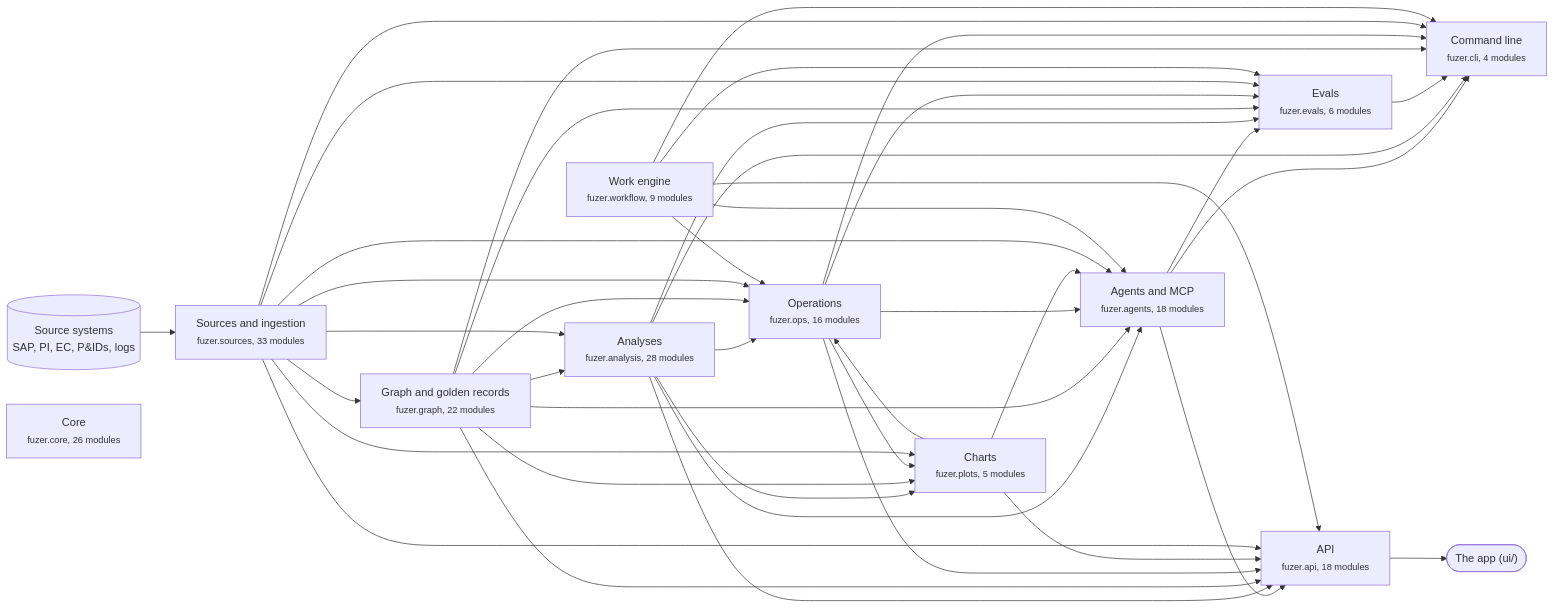
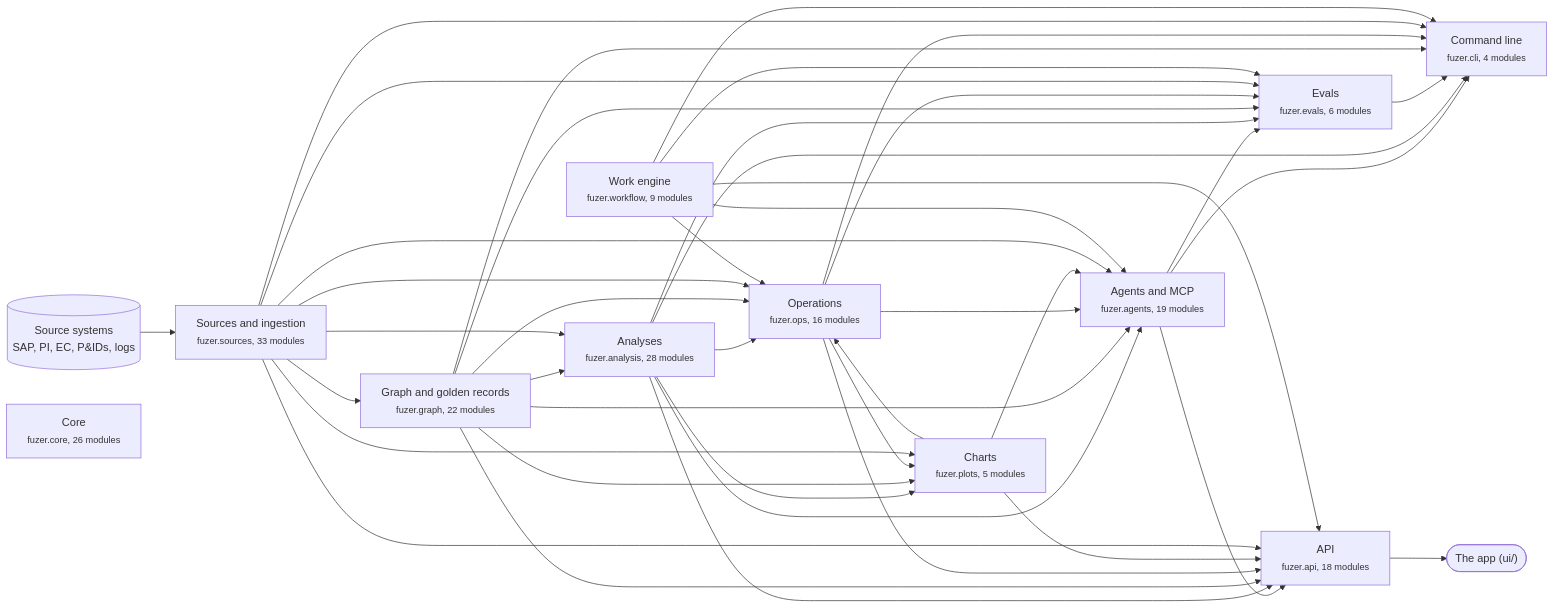
One commit to areed145/fuzer changed the first of 3 diagrams in docs/architecture.md. Above: the diagram before and after it, drawn with Mermaid. The commit also changed other lines of this file and 4 other files, not shown here.

````diff
--- a/docs/architecture.md
+++ b/docs/architecture.md
@@ -8,66 +8,66 @@
 ```mermaid
 flowchart LR
   systems[("Source systems<br>SAP, PI, EC, P&IDs, logs")] --> c_sources
   app(["The app (ui/)"])
   c_api --> app
   c_sources["Sources and ingestion<br><small>fuzer.sources, 33 modules</small>"]
   c_graph["Graph and golden records<br><small>fuzer.graph, 22 modules</small>"]
   c_analysis["Analyses<br><small>fuzer.analysis, 28 modules</small>"]
   c_ops["Operations<br><small>fuzer.ops, 16 modules</small>"]
   c_plots["Charts<br><small>fuzer.plots, 5 modules</small>"]
   c_workflow["Work engine<br><small>fuzer.workflow, 9 modules</small>"]
-  c_agents["Agents and MCP<br><small>fuzer.agents, 18 modules</small>"]
+  c_agents["Agents and MCP<br><small>fuzer.agents, 19 modules</small>"]
   c_evals["Evals<br><small>fuzer.evals, 6 modules</small>"]
   c_api["API<br><small>fuzer.api, 18 modules</small>"]
   c_cli["Command line<br><small>fuzer.cli, 4 modules</small>"]
   c_core["Core<br><small>fuzer.core, 26 modules</small>"]
   c_sources --> c_graph
   c_graph --> c_analysis
   c_sources --> c_analysis
   c_analysis --> c_ops
   c_graph --> c_ops
   c_plots --> c_ops
   c_sources --> c_ops
   c_workflow --> c_ops
   c_analysis --> c_plots
   c_graph --> c_plots
   c_ops --> c_plots
   c_sources --> c_plots
   c_analysis --> c_agents
   c_graph --> c_agents
   c_ops --> c_agents
   c_plots --> c_agents
   c_sources --> c_agents
   c_workflow --> c_agents
   c_agents --> c_evals
   c_analysis --> c_evals
   c_graph --> c_evals
   c_ops --> c_evals
   c_sources --> c_evals
   c_workflow --> c_evals
   c_agents --> c_api
   c_analysis --> c_api
   c_graph --> c_api
   c_ops --> c_api
   c_plots --> c_api
   c_sources --> c_api
   c_workflow --> c_api
   c_agents --> c_cli
   c_analysis --> c_cli
   c_evals --> c_cli
   c_graph --> c_cli
   c_ops --> c_cli
   c_sources --> c_cli
   c_workflow --> c_cli
   click c_sources "https://github.com/areed145/fuzer/tree/main/src/fuzer/sources"
   click c_graph "https://github.com/areed145/fuzer/tree/main/src/fuzer/graph"
   click c_analysis "https://github.com/areed145/fuzer/tree/main/src/fuzer/analysis"
   click c_ops "https://github.com/areed145/fuzer/tree/main/src/fuzer/ops"
   click c_plots "https://github.com/areed145/fuzer/tree/main/src/fuzer/plots"
   click c_workflow "https://github.com/areed145/fuzer/tree/main/src/fuzer/workflow"
   click c_agents "https://github.com/areed145/fuzer/tree/main/src/fuzer/agents"
   click c_evals "https://github.com/areed145/fuzer/tree/main/src/fuzer/evals"
   click c_api "https://github.com/areed145/fuzer/tree/main/src/fuzer/api"
   click c_cli "https://github.com/areed145/fuzer/tree/main/src/fuzer/cli"
   click c_core "https://github.com/areed145/fuzer/tree/main/src/fuzer/core"
 ```
````
